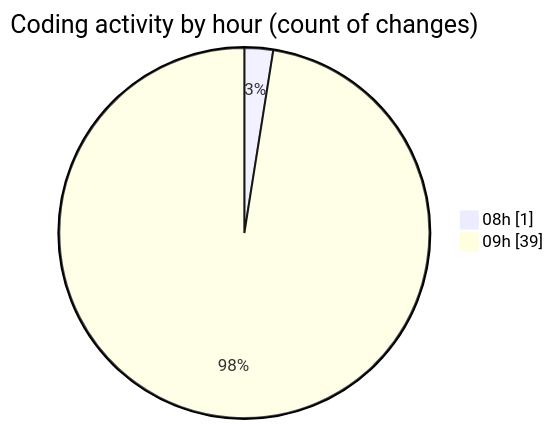
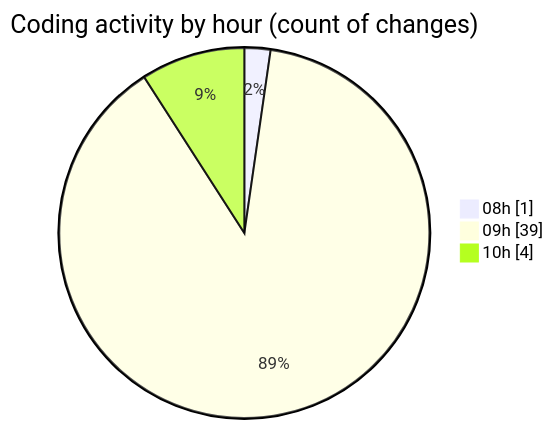
The second of 2 diagrams in 2026-08-25/cda/README.md (momahboobian/code-tracking), drawn with Mermaid before and after one commit. The commit also changed other lines of this file and 1 other file, not shown here.

````diff
--- a/2026-08-25/cda/README.md
+++ b/2026-08-25/cda/README.md
@@ -35,6 +35,7 @@
 ```mermaid
 pie showData
 title Coding activity by hour (count of changes)
 "08h" : 1
 "09h" : 39
+"10h" : 4
 ```
````
